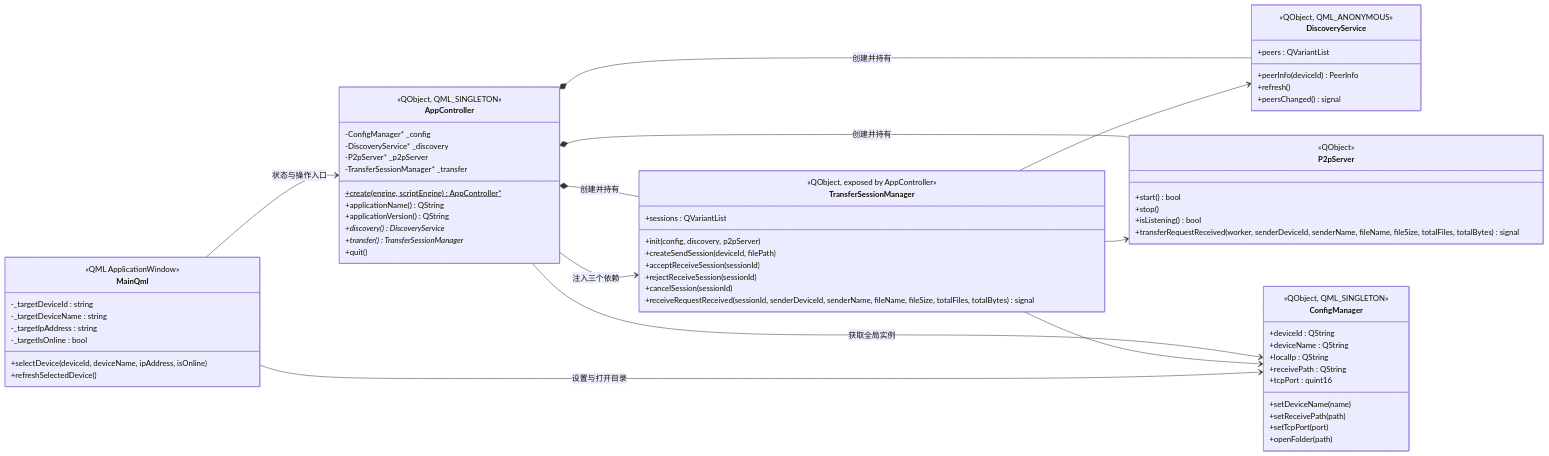
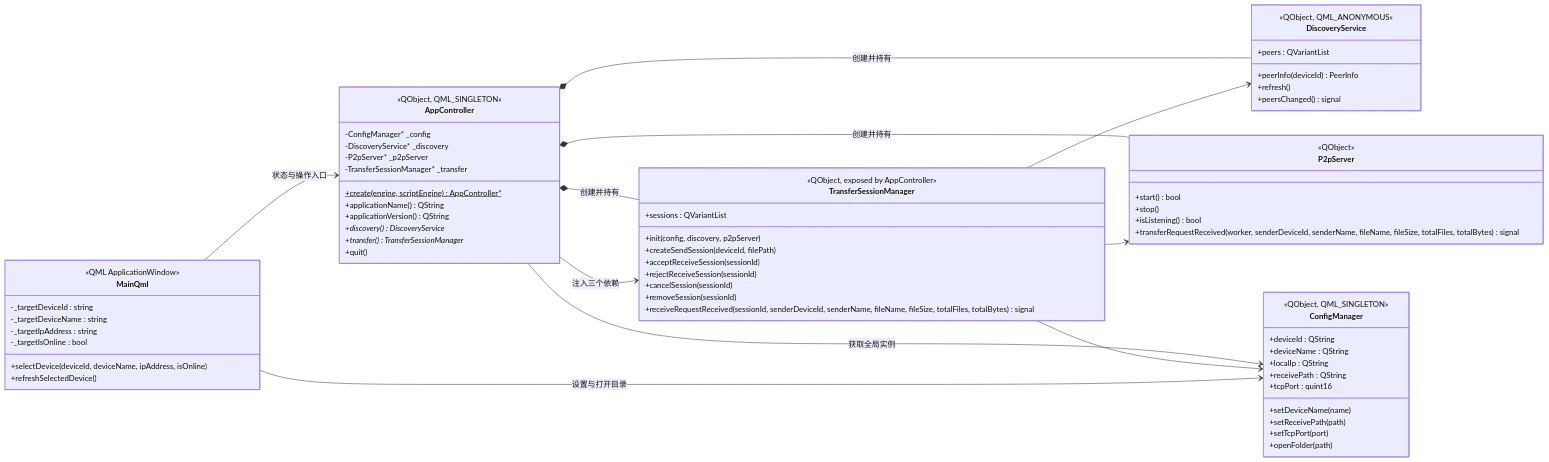
The first of 5 diagrams in doc/diagrams/class-diagram.md (Gsheep0729/GridYard), drawn with Mermaid before and after one commit. The commit also changed other lines of this file and 9 other files, not shown here.

````diff
--- a/doc/diagrams/class-diagram.md
+++ b/doc/diagrams/class-diagram.md
@@ -7,79 +7,80 @@
 ```mermaid
 classDiagram
     direction LR
 
     class AppController {
         <<QObject, QML_SINGLETON>>
         -ConfigManager* _config
         -DiscoveryService* _discovery
         -P2pServer* _p2pServer
         -TransferSessionManager* _transfer
         +create(engine, scriptEngine)$ AppController*
         +applicationName() QString
         +applicationVersion() QString
         +discovery() DiscoveryService*
         +transfer() TransferSessionManager*
         +quit()
     }
 
     class ConfigManager {
         <<QObject, QML_SINGLETON>>
         +deviceId : QString
         +deviceName : QString
         +localIp : QString
         +receivePath : QString
         +tcpPort : quint16
         +setDeviceName(name)
         +setReceivePath(path)
         +setTcpPort(port)
         +openFolder(path)
     }
 
     class DiscoveryService {
         <<QObject, QML_ANONYMOUS>>
         +peers : QVariantList
         +peerInfo(deviceId) PeerInfo
         +refresh()
         +peersChanged() signal
     }
 
     class P2pServer {
         <<QObject>>
         +start() bool
         +stop()
         +isListening() bool
         +transferRequestReceived(worker, senderDeviceId, senderName, fileName, fileSize, totalFiles, totalBytes) signal
     }
 
     class TransferSessionManager {
         <<QObject, exposed by AppController>>
         +sessions : QVariantList
         +init(config, discovery, p2pServer)
         +createSendSession(deviceId, filePath)
         +acceptReceiveSession(sessionId)
         +rejectReceiveSession(sessionId)
         +cancelSession(sessionId)
+        +removeSession(sessionId)
         +receiveRequestReceived(sessionId, senderDeviceId, senderName, fileName, fileSize, totalFiles, totalBytes) signal
     }
 
     class MainQml {
         <<QML ApplicationWindow>>
         -_targetDeviceId : string
         -_targetDeviceName : string
         -_targetIpAddress : string
         -_targetIsOnline : bool
         +selectDevice(deviceId, deviceName, ipAddress, isOnline)
         +refreshSelectedDevice()
     }
 
     AppController *-- DiscoveryService : 创建并持有
     AppController *-- P2pServer : 创建并持有
     AppController *-- TransferSessionManager : 创建并持有
     AppController --> ConfigManager : 获取全局实例
     AppController --> TransferSessionManager : 注入三个依赖
     TransferSessionManager --> ConfigManager
     TransferSessionManager --> DiscoveryService
     TransferSessionManager --> P2pServer
     MainQml --> AppController : 状态与操作入口
     MainQml --> ConfigManager : 设置与打开目录
 ```
````
